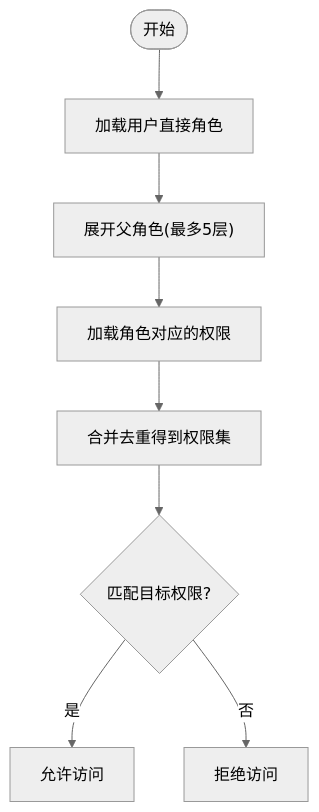
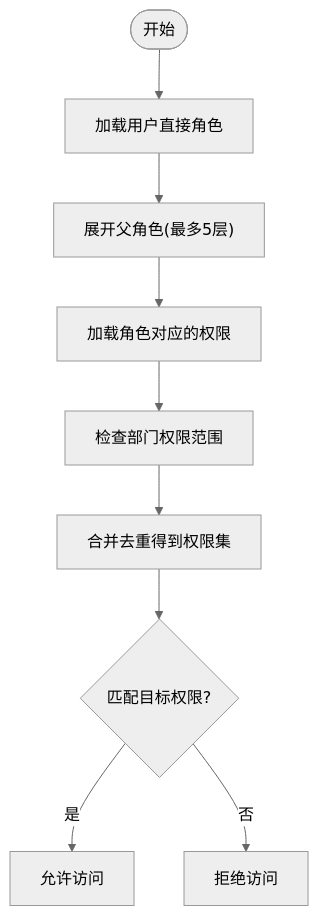
Before and after one commit to joezxh/CoPaw: the fourth of 9 diagrams in .qoder/repowiki/zh/content/企业功能/用户管理.md, drawn with Mermaid (neutral theme). The commit also changed other lines of this file and 20 other files, not shown here.

````diff
--- a/.qoder/repowiki/zh/content/企业功能/用户管理.md
+++ b/.qoder/repowiki/zh/content/企业功能/用户管理.md
@@ -206,10 +241,11 @@
 ```mermaid
 flowchart TD
 Start(["开始"]) --> LoadUserRoles["加载用户直接角色"]
 LoadUserRoles --> Expand["展开父角色(最多5层)"]
 Expand --> LoadPerms["加载角色对应的权限"]
-LoadPerms --> BuildSet["合并去重得到权限集"]
+LoadPerms --> CheckDeptScope["检查部门权限范围"]
+CheckDeptScope --> BuildSet["合并去重得到权限集"]
 BuildSet --> Match{"匹配目标权限?"}
 Match --> |是| Allow["允许访问"]
 Match --> |否| Deny["拒绝访问"]
 ```
````
